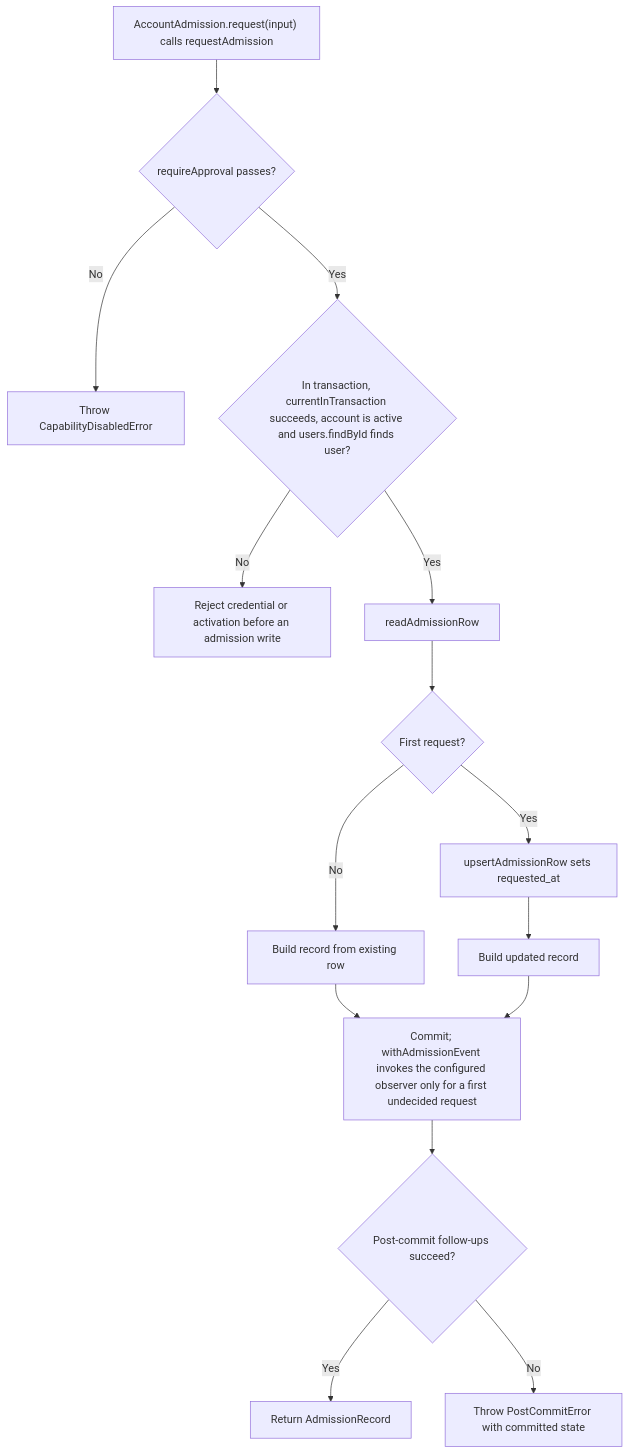
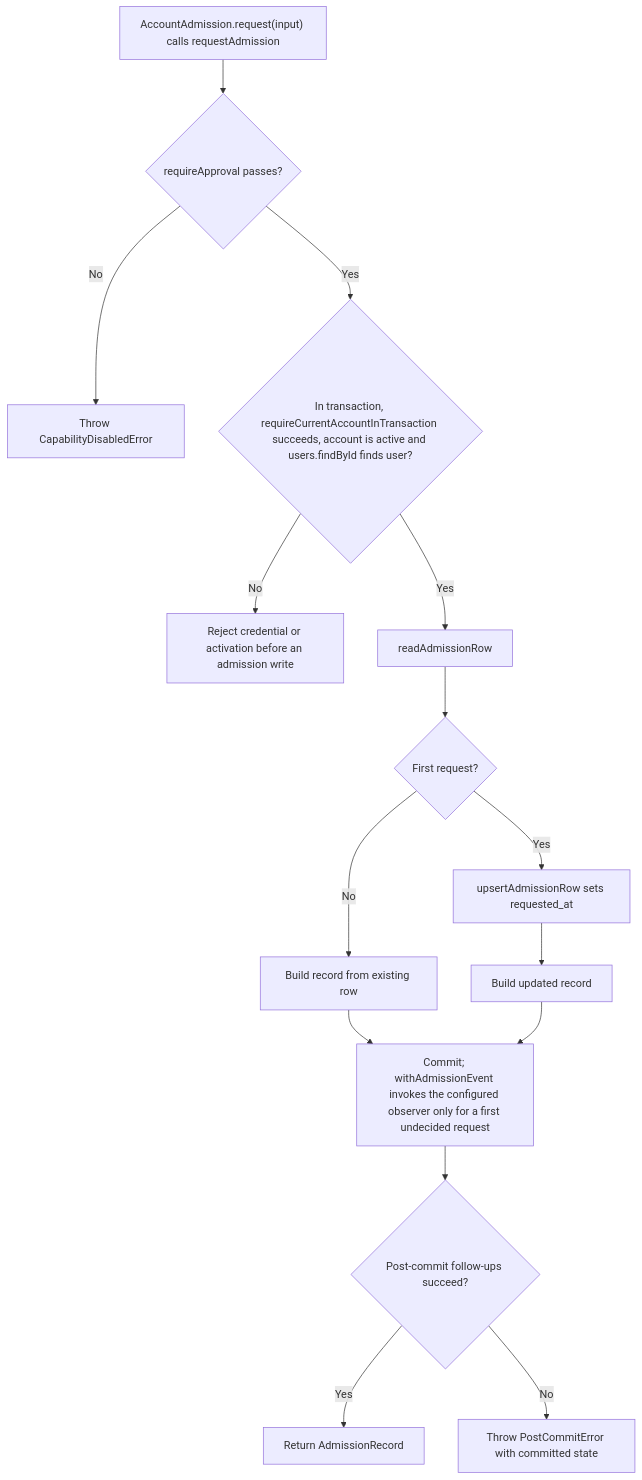
The second of 2 diagrams in user-stories/US-ACCOUNT-24-request-admission.md (Kevinjohn/oss-adonisjs-account-kit), drawn with Mermaid before and after one commit. The commit also changed 29 other files, not shown here.

````diff
--- a/user-stories/US-ACCOUNT-24-request-admission.md
+++ b/user-stories/US-ACCOUNT-24-request-admission.md
@@ -37,17 +37,17 @@
 ```mermaid
 flowchart TD
  A["AccountAdmission.request(input) calls requestAdmission"] --> B{"requireApproval passes?"}
  B -->|No| X["Throw CapabilityDisabledError"]
- B -->|Yes| C{"In transaction, currentInTransaction succeeds, account is active and users.findById finds user?"}
+ B -->|Yes| C{"In transaction, requireCurrentAccountInTransaction succeeds, account is active and users.findById finds user?"}
  C -->|No| Y["Reject credential or activation before an admission write"]
  C -->|Yes| D["readAdmissionRow"]
  D --> E{"First request?"}
  E -->|Yes| F["upsertAdmissionRow sets requested_at"]
  E -->|No| G["Build record from existing row"]
  F --> H["Build updated record"]
  G --> I["Commit; withAdmissionEvent invokes the configured observer only for a first undecided request"]
  H --> I
  I --> J{"Post-commit follow-ups succeed?"}
  J -->|Yes| K["Return AdmissionRecord"]
  J -->|No| L["Throw PostCommitError with committed state"]
 ```
````
